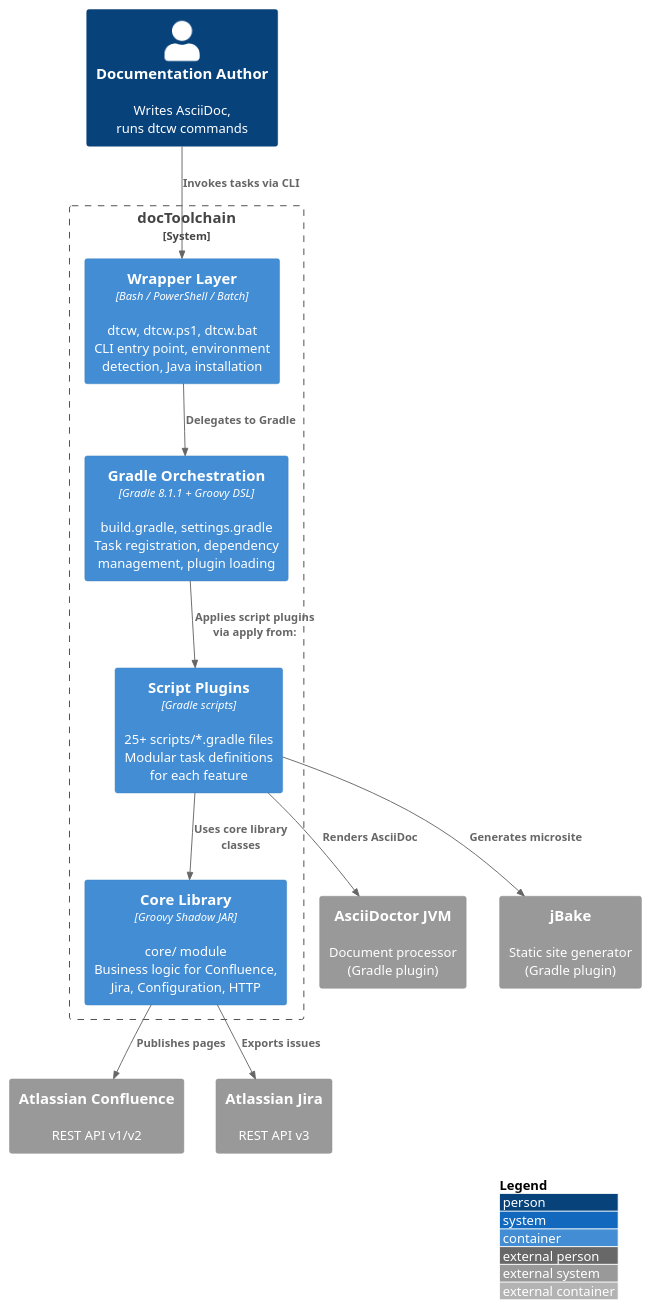
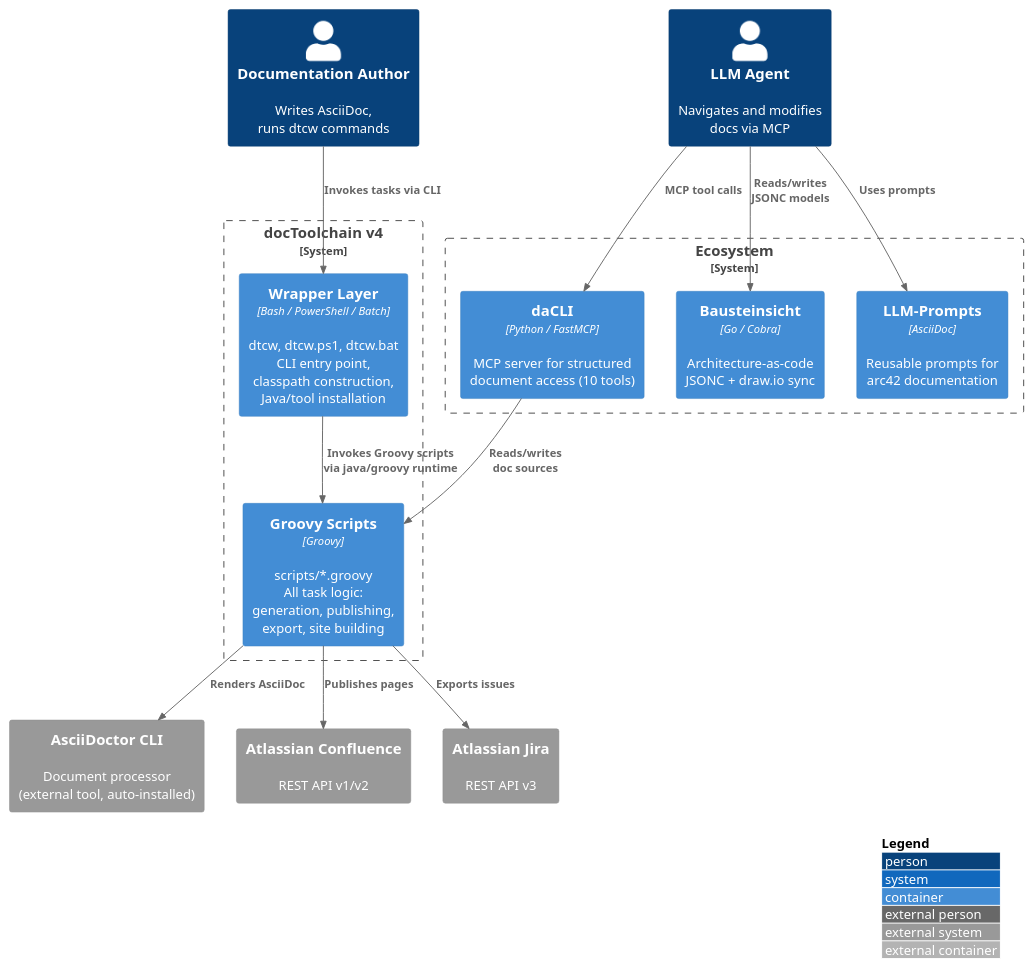
The first of 2 diagrams in src/docs/arc42/chapters/05_building_block_view.adoc (raifdmueller/docToolchain), drawn with PlantUML before and after one commit. The commit also changed other lines of this file and 31 other files, not shown here.

First line of the commit message:
docs: v4 architecture — PRD, specification, ADRs, quality scenarios

```diff
--- a/src/docs/arc42/chapters/05_building_block_view.adoc
+++ b/src/docs/arc42/chapters/05_building_block_view.adoc
@@ -22,31 +23,37 @@
-[plantuml,level1-container,png]
+[plantuml,level1-container-v4,png]
 ----
 @startuml
 !include <C4/C4_Container>
 
 LAYOUT_WITH_LEGEND()
 
 Person(user, "Documentation Author", "Writes AsciiDoc,\nruns dtcw commands")
+Person(llm, "LLM Agent", "Navigates and modifies\ndocs via MCP")
 
-System_Boundary(dtc, "docToolchain") {
-    Container(wrapper, "Wrapper Layer", "Bash / PowerShell / Batch", "dtcw, dtcw.ps1, dtcw.bat\nCLI entry point, environment\ndetection, Java installation")
-    Container(gradle, "Gradle Orchestration", "Gradle 8.1.1 + Groovy DSL", "build.gradle, settings.gradle\nTask registration, dependency\nmanagement, plugin loading")
-    Container(scripts, "Script Plugins", "Gradle scripts", "25+ scripts/*.gradle files\nModular task definitions\nfor each feature")
-    Container(core, "Core Library", "Groovy Shadow JAR", "core/ module\nBusiness logic for Confluence,\nJira, Configuration, HTTP")
+System_Boundary(dtc, "docToolchain v4") {
+    Container(wrapper, "Wrapper Layer", "Bash / PowerShell / Batch", "dtcw, dtcw.ps1, dtcw.bat\nCLI entry point,\nclasspath construction,\nJava/tool installation")
+    Container(scripts, "Groovy Scripts", "Groovy", "scripts/*.groovy\nAll task logic:\ngeneration, publishing,\nexport, site building")
 }
 
-System_Ext(asciidoctor, "AsciiDoctor JVM", "Document processor\n(Gradle plugin)")
-System_Ext(jbake, "jBake", "Static site generator\n(Gradle plugin)")
+System_Boundary(ecosystem, "Ecosystem") {
+    Container(dacli, "daCLI", "Python / FastMCP", "MCP server for structured\ndocument access (10 tools)")
+    Container(bausteinsicht, "Bausteinsicht", "Go / Cobra", "Architecture-as-code\nJSONC + draw.io sync")
+    Container(prompts, "LLM-Prompts", "AsciiDoc", "Reusable prompts for\narc42 documentation")
+}
+
+System_Ext(asciidoctor, "AsciiDoctor CLI", "Document processor\n(external tool, auto-installed)")
 System_Ext(confluence, "Atlassian Confluence", "REST API v1/v2")
 System_Ext(jira, "Atlassian Jira", "REST API v3")
 
 Rel(user, wrapper, "Invokes tasks via CLI")
-Rel(wrapper, gradle, "Delegates to Gradle")
-Rel(gradle, scripts, "Applies script plugins\nvia apply from:")
-Rel(scripts, core, "Uses core library\nclasses")
+Rel(wrapper, scripts, "Invokes Groovy scripts\nvia java/groovy runtime")
 Rel(scripts, asciidoctor, "Renders AsciiDoc")
-Rel(scripts, jbake, "Generates microsite")
-Rel(core, confluence, "Publishes pages")
-Rel(core, jira, "Exports issues")
+Rel(scripts, confluence, "Publishes pages")
+Rel(scripts, jira, "Exports issues")
+
+Rel(llm, dacli, "MCP tool calls")
+Rel(dacli, scripts, "Reads/writes\ndoc sources")
+Rel(llm, bausteinsicht, "Reads/writes\nJSONC models")
+Rel(llm, prompts, "Uses prompts")
 @enduml
 ----
```
